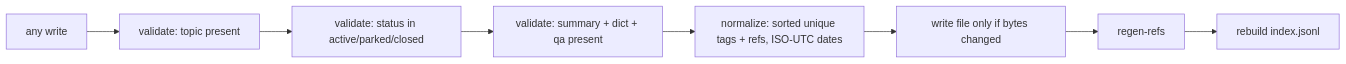
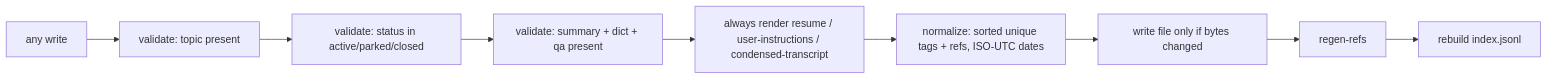
Before and after one commit to egoisth777/relay: the tenth of 10 diagrams in .arca/space/conversate-sp/what/flows.md, drawn with Mermaid. The commit also changed other lines of this file and 34 other files, not shown here.

````diff
--- a/.arca/space/conversate-sp/what/flows.md
+++ b/.arca/space/conversate-sp/what/flows.md
@@ -224,10 +224,11 @@
 ```mermaid
 flowchart LR
     W[any write] --> V1[validate: topic present]
     V1 --> V2[validate: status in active/parked/closed]
     V2 --> V3[validate: summary + dict + qa present]
-    V3 --> V4[normalize: sorted unique tags + refs, ISO-UTC dates]
+    V3 --> V3b[always render resume / user-instructions / condensed-transcript]
+    V3b --> V4[normalize: sorted unique tags + refs, ISO-UTC dates]
     V4 --> V5[write file only if bytes changed]
     V5 --> V6[regen-refs]
     V6 --> V7[rebuild index.jsonl]
 ```
````
